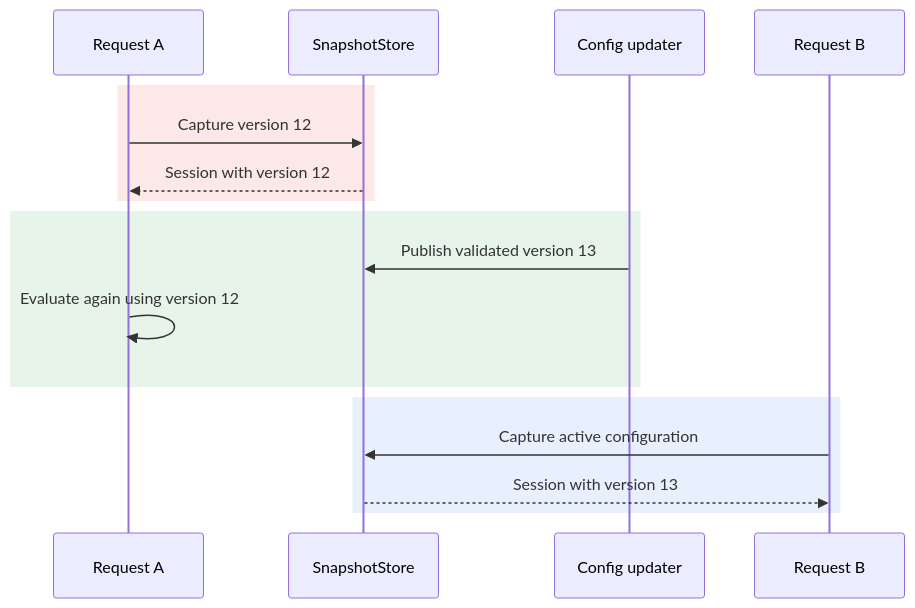
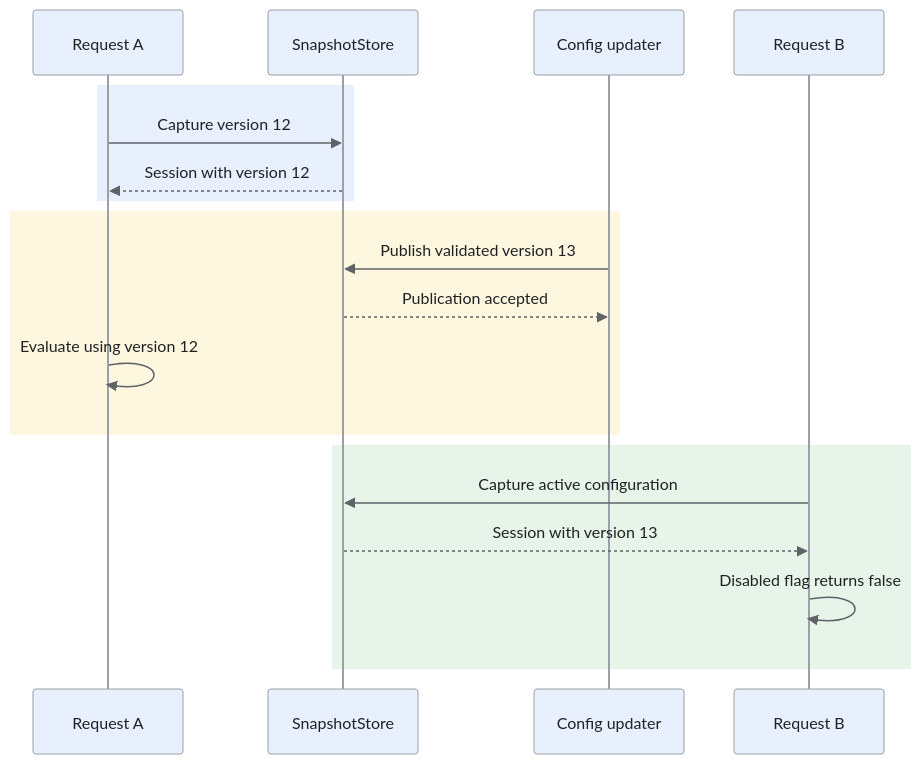
One commit to iliazlobin/iliazlobin.github.io changed the fourth of 6 diagrams in _designs/low-level-design-feature-flag-evaluator.md. Above: the diagram before and after it, drawn with Mermaid. The commit also changed other lines of this file and 131 other files, not shown here.

````diff
--- a/_designs/low-level-design-feature-flag-evaluator.md
+++ b/_designs/low-level-design-feature-flag-evaluator.md
@@ -317,21 +234,24 @@
 ```mermaid
+%%{init: {"theme":"base","themeVariables":{"primaryColor":"#e8f0fe","primaryBorderColor":"#9aa0a6","primaryTextColor":"#202124","secondaryColor":"#e6f4ea","tertiaryColor":"#fef7e0","lineColor":"#5f6368","actorBkg":"#e8f0fe","actorBorder":"#9aa0a6","actorTextColor":"#202124","noteBkgColor":"#fef7e0","noteBorderColor":"#9aa0a6","noteTextColor":"#202124","signalColor":"#5f6368","signalTextColor":"#202124"}}}%%
 sequenceDiagram
-    accTitle: Request-consistent configuration
-    accDescr: Request A keeps version 12 after an update, while a new request captures version 13.
+    accTitle: Configuration publication during a request
+    accDescr: Request A retains version 12 while publication makes version 13 available to Request B.
     participant A as Request A
     participant S as SnapshotStore
     participant U as Config updater
     participant B as Request B
-    rect rgb(252, 232, 230)
+    rect rgb(232, 240, 254)
         A->>S: Capture version 12
         S-->>A: Session with version 12
     end
+    rect rgb(254, 247, 224)
+        U->>S: Publish validated version 13
+        S-->>U: Publication accepted
+        A->>A: Evaluate using version 12
+    end
     rect rgb(230, 244, 234)
-        U->>S: Publish validated version 13
-        A->>A: Evaluate again using version 12
-    end
-    rect rgb(232, 240, 254)
         B->>S: Capture active configuration
         S-->>B: Session with version 13
+        B->>B: Disabled flag returns false
     end
 ```
````
